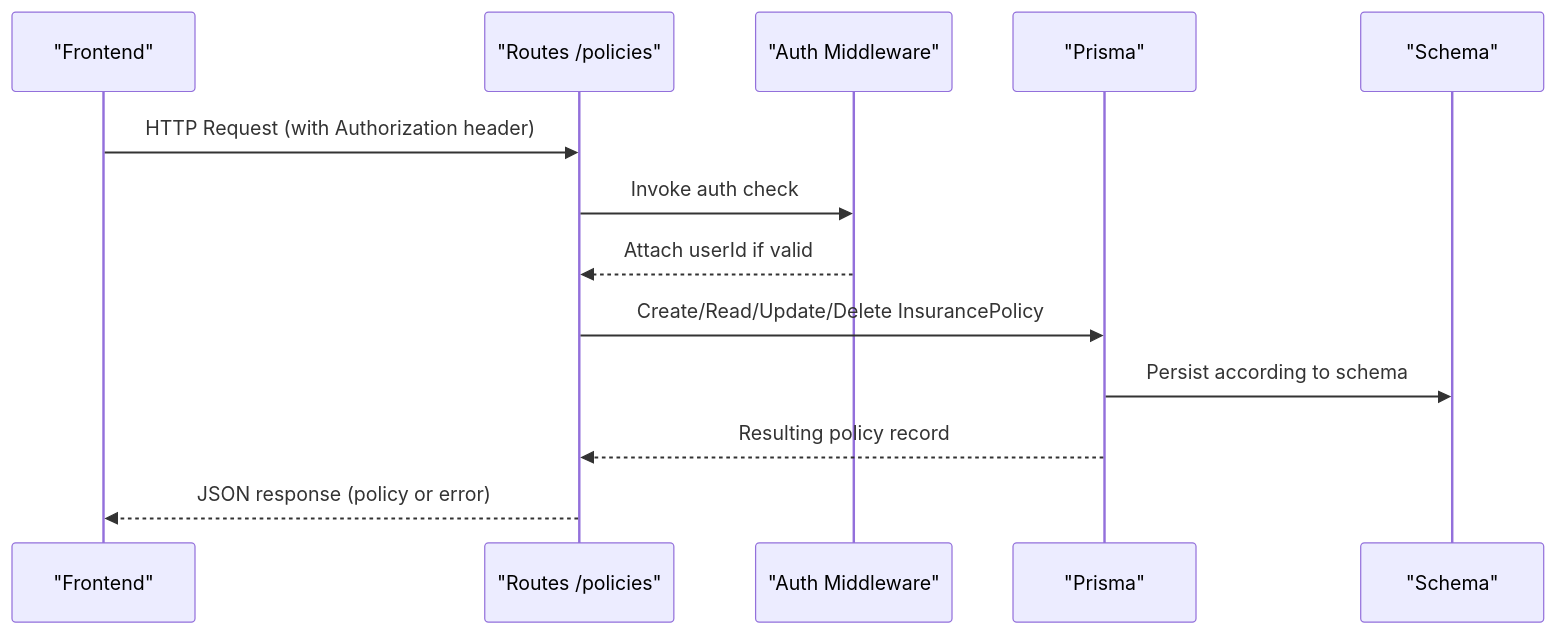
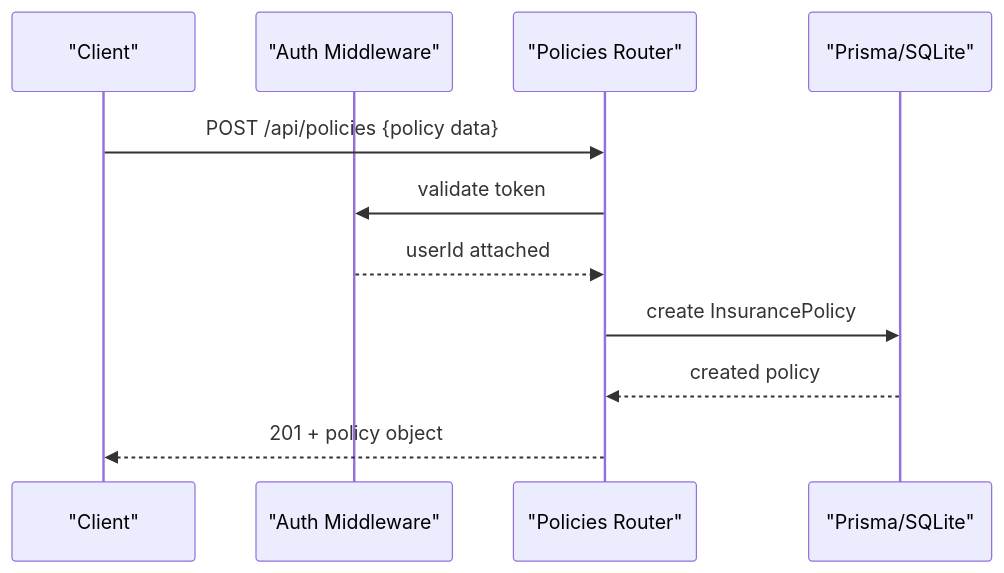
Before and after one commit to NaveenHiranya/Smart-Vehicle-Insurance-Claim-System: the second of 5 diagrams in .qoder/repowiki/en/content/API Reference/Policies API.md, drawn with Mermaid. The commit also changed other lines of this file and 183 other files, not shown here.

````diff
--- a/.qoder/repowiki/en/content/API Reference/Policies API.md
+++ b/.qoder/repowiki/en/content/API Reference/Policies API.md
@@ -85,15 +70,13 @@
 ```mermaid
 sequenceDiagram
-participant FE as "Frontend"
-participant RT as "Routes /policies"
-participant MW as "Auth Middleware"
-participant DB as "Prisma"
-participant SC as "Schema"
-FE->>RT : HTTP Request (with Authorization header)
-RT->>MW : Invoke auth check
-MW-->>RT : Attach userId if valid
-RT->>DB : Create/Read/Update/Delete InsurancePolicy
-DB->>SC : Persist according to schema
-DB-->>RT : Resulting policy record
-RT-->>FE : JSON response (policy or error)
+participant Client as "Client"
+participant Auth as "Auth Middleware"
+participant Routes as "Policies Router"
+participant DB as "Prisma/SQLite"
+Client->>Routes : POST /api/policies {policy data}
+Routes->>Auth : validate token
+Auth-->>Routes : userId attached
+Routes->>DB : create InsurancePolicy
+DB-->>Routes : created policy
+Routes-->>Client : 201 + policy object
 ```
````
